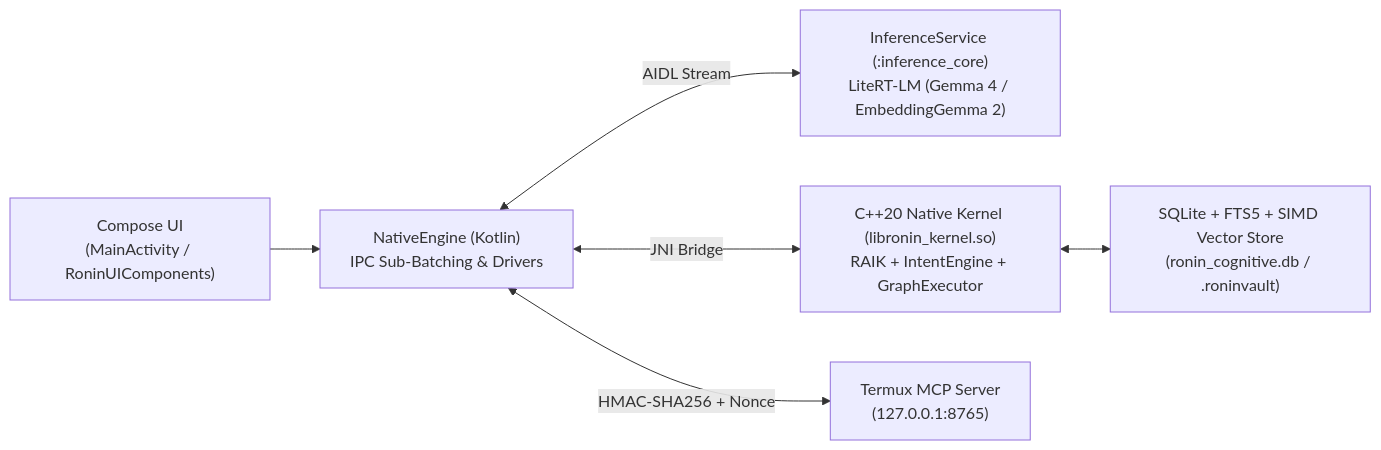
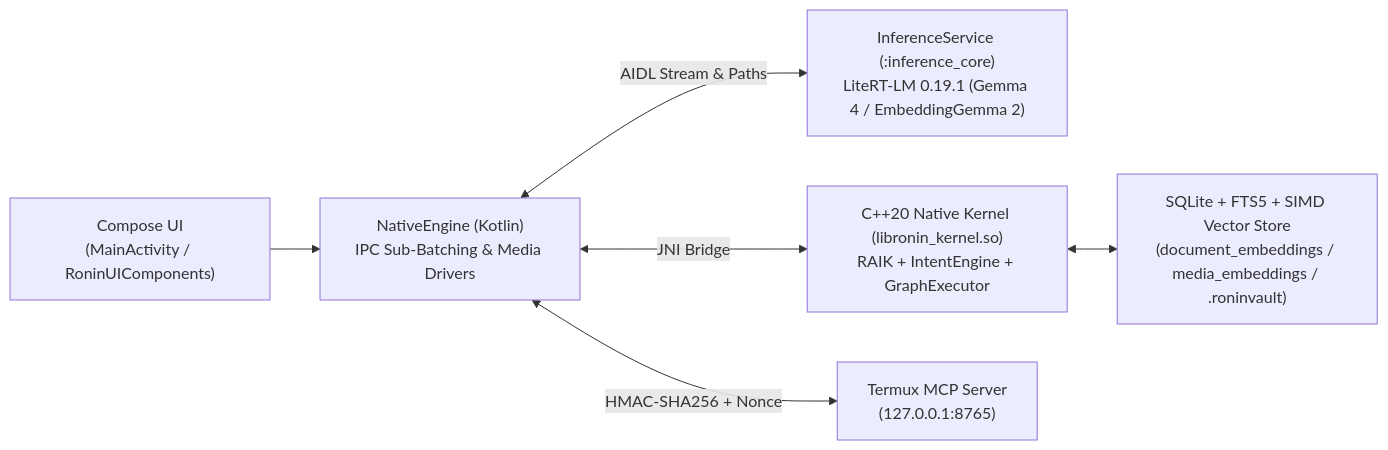
The diagram in README.md (intellibits28/ronin), drawn with Mermaid before and after one commit. The commit also changed other lines of this file and 6 other files, not shown here.

Commit message:
docs: document LiteRT-LM 0.19.1 multimodal media search and OCR contact workflow

````diff
--- a/README.md
+++ b/README.md
@@ -72,8 +77,8 @@
 ```mermaid
 flowchart LR
-    UI["Compose UI\n(MainActivity / RoninUIComponents)"] --> Engine["NativeEngine (Kotlin)\nIPC Sub-Batching & Drivers"]
-    Engine <-->|AIDL Stream| Worker["InferenceService (:inference_core)\nLiteRT-LM (Gemma 4 / EmbeddingGemma 2)"]
+    UI["Compose UI\n(MainActivity / RoninUIComponents)"] --> Engine["NativeEngine (Kotlin)\nIPC Sub-Batching & Media Drivers"]
+    Engine <-->|AIDL Stream & Paths| Worker["InferenceService (:inference_core)\nLiteRT-LM 0.19.1 (Gemma 4 / EmbeddingGemma 2)"]
     Engine <-->|JNI Bridge| Kernel["C++20 Native Kernel (libronin_kernel.so)\nRAIK + IntentEngine + GraphExecutor"]
-    Kernel <--> LTM["SQLite + FTS5 + SIMD Vector Store\n(ronin_cognitive.db / .roninvault)"]
+    Kernel <--> LTM["SQLite + FTS5 + SIMD Vector Store\n(document_embeddings / media_embeddings / .roninvault)"]
     Engine <-->|HMAC-SHA256 + Nonce| MCP["Termux MCP Server\n(127.0.0.1:8765)"]
 ```
````
